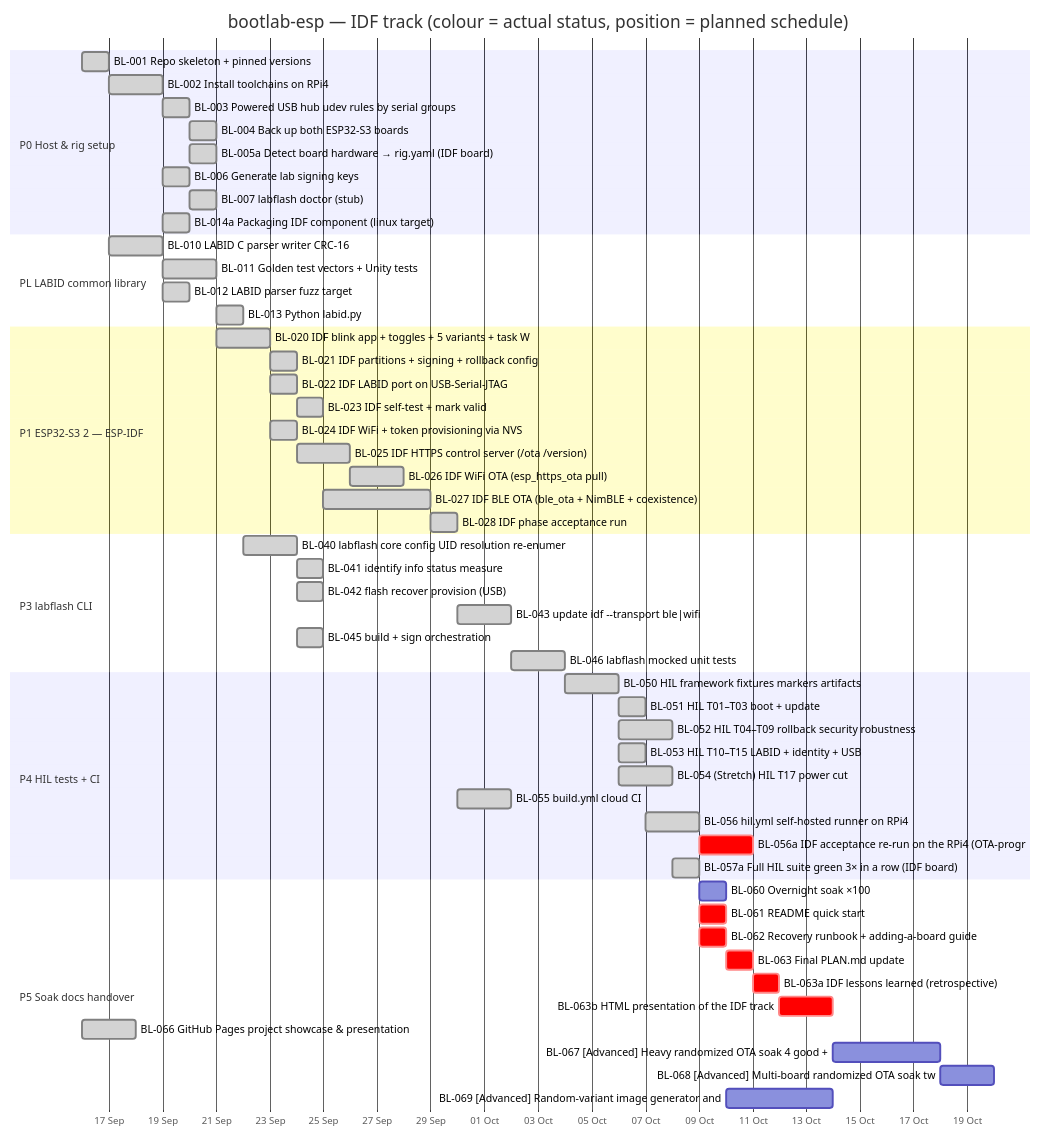
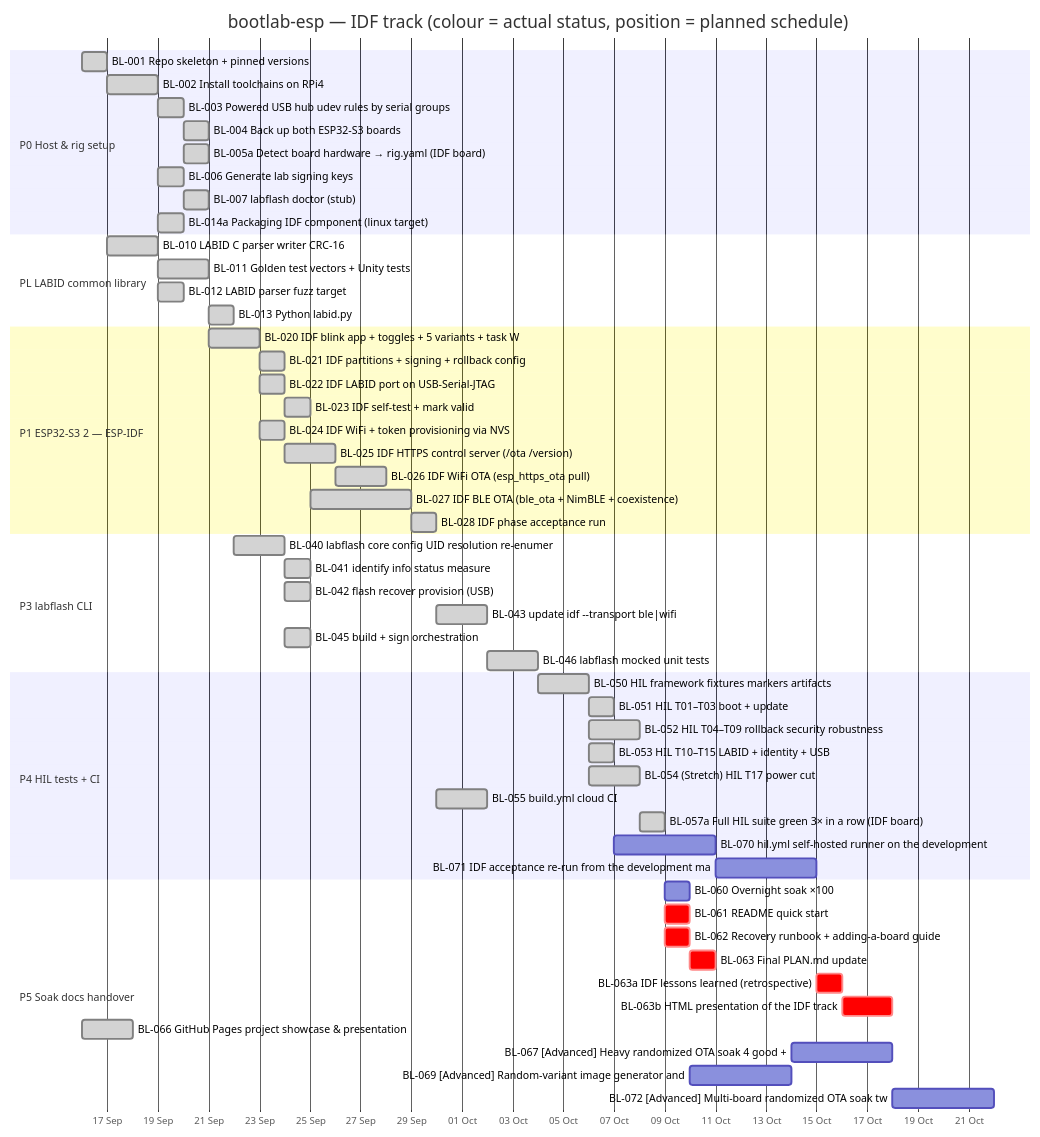
Before and after one commit to mohamed-soubhi/bootlab-esp: the first of 2 diagrams in tickets/GANTT.md, drawn with Mermaid. The commit also changed other lines of this file and 5 other files, not shown here.

First line of the commit message:
docs(tickets): cancel RPi4-dependent tickets; redo them on the development machine

````diff
--- a/tickets/GANTT.md
+++ b/tickets/GANTT.md
@@ -25,59 +25,59 @@
 ```mermaid
 gantt
     title bootlab-esp — IDF track (colour = actual status, position = planned schedule)
     dateFormat YYYY-MM-DD
     axisFormat %d %b
     todayMarker stroke-width:3px,stroke:#f80,opacity:0.7
     section P0 Host & rig setup
     BL-001 Repo skeleton + pinned versions :done, bl001, 2026-09-16, 1d
     BL-002 Install toolchains on RPi4 :done, bl002, 2026-09-17, 2d
     BL-003 Powered USB hub udev rules by serial groups :done, bl003, 2026-09-19, 1d
     BL-004 Back up both ESP32-S3 boards :done, bl004, 2026-09-20, 1d
     BL-005a Detect board hardware → rig.yaml (IDF board) :done, bl005a, 2026-09-20, 1d
     BL-006 Generate lab signing keys :done, bl006, 2026-09-19, 1d
     BL-007 labflash doctor (stub) :done, bl007, 2026-09-20, 1d
     BL-014a Packaging IDF component (linux target) :done, bl014a, 2026-09-19, 1d
     section PL LABID common library
     BL-010 LABID C parser writer CRC-16 :done, bl010, 2026-09-17, 2d
     BL-011 Golden test vectors + Unity tests :done, bl011, 2026-09-19, 2d
     BL-012 LABID parser fuzz target :done, bl012, 2026-09-19, 1d
     BL-013 Python labid.py :done, bl013, 2026-09-21, 1d
     section P1 ESP32-S3 2 — ESP-IDF
     BL-020 IDF blink app + toggles + 5 variants + task W :done, bl020, 2026-09-21, 2d
     BL-021 IDF partitions + signing + rollback config :done, bl021, 2026-09-23, 1d
     BL-022 IDF LABID port on USB-Serial-JTAG :done, bl022, 2026-09-23, 1d
     BL-023 IDF self-test + mark valid :done, bl023, 2026-09-24, 1d
     BL-024 IDF WiFi + token provisioning via NVS :done, bl024, 2026-09-23, 1d
     BL-025 IDF HTTPS control server (/ota /version) :done, bl025, 2026-09-24, 2d
     BL-026 IDF WiFi OTA (esp_https_ota pull) :done, bl026, 2026-09-26, 2d
     BL-027 IDF BLE OTA (ble_ota + NimBLE + coexistence) :done, bl027, 2026-09-25, 4d
     BL-028 IDF phase acceptance run :done, bl028, 2026-09-29, 1d
     section P3 labflash CLI
     BL-040 labflash core config UID resolution re-enumer :done, bl040, 2026-09-22, 2d
     BL-041 identify info status measure :done, bl041, 2026-09-24, 1d
     BL-042 flash recover provision (USB) :done, bl042, 2026-09-24, 1d
     BL-043 update idf --transport ble|wifi :done, bl043, 2026-09-30, 2d
     BL-045 build + sign orchestration :done, bl045, 2026-09-24, 1d
     BL-046 labflash mocked unit tests :done, bl046, 2026-10-02, 2d
     section P4 HIL tests + CI
     BL-050 HIL framework fixtures markers artifacts :done, bl050, 2026-10-04, 2d
     BL-051 HIL T01–T03 boot + update :done, bl051, 2026-10-06, 1d
     BL-052 HIL T04–T09 rollback security robustness :done, bl052, 2026-10-06, 2d
     BL-053 HIL T10–T15 LABID + identity + USB :done, bl053, 2026-10-06, 1d
     BL-054 (Stretch) HIL T17 power cut :done, bl054, 2026-10-06, 2d
     BL-055 build.yml cloud CI :done, bl055, 2026-09-30, 2d
-    BL-056 hil.yml self-hosted runner on RPi4 :done, bl056, 2026-10-07, 2d
-    BL-056a IDF acceptance re-run on the RPi4 (OTA-progr :crit, bl056a, 2026-10-09, 2d
     BL-057a Full HIL suite green 3× in a row (IDF board) :done, bl057a, 2026-10-08, 1d
+    BL-070 hil.yml self-hosted runner on the development :bl070, 2026-10-07, 4d
+    BL-071 IDF acceptance re-run from the development ma :bl071, 2026-10-11, 4d
     section P5 Soak docs handover
     BL-060 Overnight soak ×100 :bl060, 2026-10-09, 1d
     BL-061 README quick start :crit, bl061, 2026-10-09, 1d
     BL-062 Recovery runbook + adding-a-board guide :crit, bl062, 2026-10-09, 1d
     BL-063 Final PLAN.md update :crit, bl063, 2026-10-10, 1d
-    BL-063a IDF lessons learned (retrospective) :crit, bl063a, 2026-10-11, 1d
-    BL-063b HTML presentation of the IDF track :crit, bl063b, 2026-10-12, 2d
+    BL-063a IDF lessons learned (retrospective) :crit, bl063a, 2026-10-15, 1d
+    BL-063b HTML presentation of the IDF track :crit, bl063b, 2026-10-16, 2d
     BL-066 GitHub Pages project showcase & presentation :done, bl066, 2026-09-16, 2d
     BL-067 [Advanced] Heavy randomized OTA soak 4 good + :bl067, 2026-10-14, 4d
-    BL-068 [Advanced] Multi-board randomized OTA soak tw :bl068, 2026-10-18, 2d
     BL-069 [Advanced] Random-variant image generator and :bl069, 2026-10-10, 4d
+    BL-072 [Advanced] Multi-board randomized OTA soak tw :bl072, 2026-10-18, 4d
 ```
````
